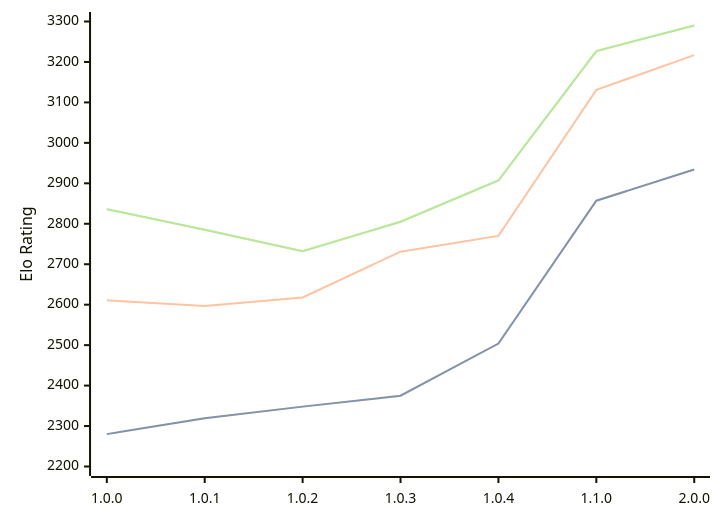
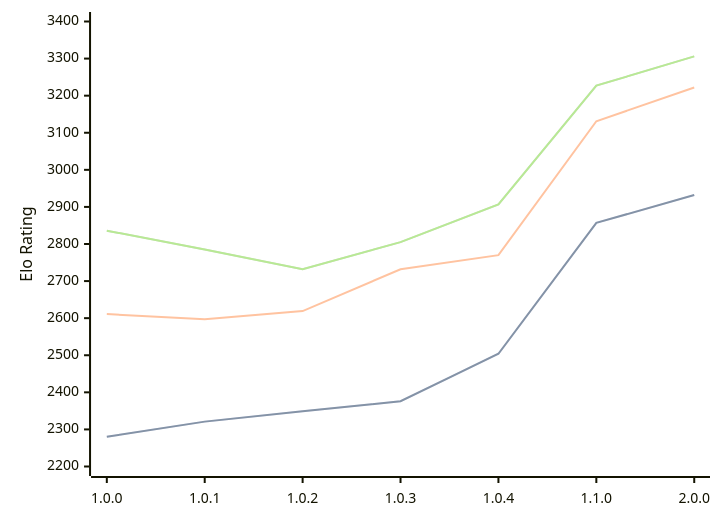
The diagram in engines/Grail.md (computer-chess-index/cci), drawn with Mermaid before and after one commit. The commit also changed other lines of this file, not shown here.

Commit message:
Update CCI Ratings (ELO VLTC) - 2026-05-15

````diff
--- a/engines/Grail.md
+++ b/engines/Grail.md
@@ -37,11 +37,11 @@
 ```mermaid
 %%{init: {"theme":"base","themeVariables":{"seriesColors:['#a3a3a3','#222221','#faa371']}}}%%
 xychart-beta
   x-axis ["1.0.0", "1.0.1", "1.0.2", "1.0.3", "1.0.4", "1.1.0", "2.0.0"]
-  y-axis "Elo Rating" 2200 --> 3300
-  line "STC (8.0+0.08s)" [2280, 2319, 2348, 2375, 2504, 2857, 2934]
-  line "STC (8.0+0.08s)" [2280, 2319, 2348, 2375, 2504, 2857, 2934]
-  line "LTC (60.0+0.60s)" [2611, 2597, 2618, 2731, 2770, 3131, 3217]
-  line "VLTC (2m24s+1.12s)" [2836, 2785, 2732, 2805, 2907, 3227, 3290]
-  line "VLTC (2m24s+1.12s)" [2836, 2785, 2732, 2805, 2907, 3227, 3290]
+  y-axis "Elo Rating" 2200 --> 3400
+  line "STC (8.0+0.08s)" [2280, 2321, 2349, 2376, 2504, 2857, 2932]
+  line "STC (8.0+0.08s)" [2280, 2321, 2349, 2376, 2504, 2857, 2932]
+  line "LTC (60.0+0.60s)" [2611, 2597, 2619, 2732, 2770, 3131, 3222]
+  line "VLTC (2m24s+1.12s)" [2836, 2785, 2732, 2805, 2907, 3227, 3306]
+  line "VLTC (2m24s+1.12s)" [2836, 2785, 2732, 2805, 2907, 3227, 3306]
 ```
````
